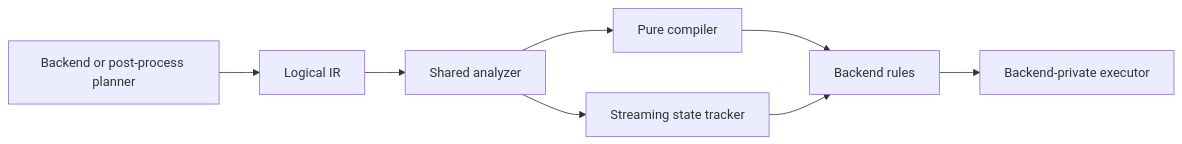
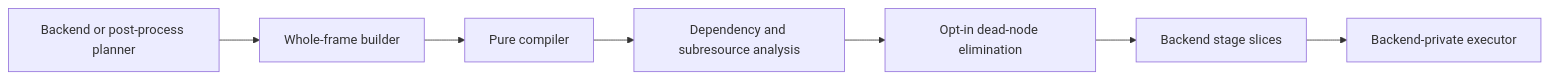
One commit to Kunelinmc/IgnisRenderer changed the diagram in docs/rendergraph/internal-render-graph-architecture.md. Above: the diagram before and after it, drawn with Mermaid. The commit also changed other lines of this file and 4 other files, not shown here.

First line of the commit message:
docs: update internal contracts for Render Graph V2

````diff
--- a/docs/rendergraph/internal-render-graph-architecture.md
+++ b/docs/rendergraph/internal-render-graph-architecture.md
@@ -34,10 +36,9 @@
 ```mermaid
 flowchart LR
-	P["Backend or post-process planner"] --> I["Logical IR"]
-	I --> A["Shared analyzer"]
-	A --> C["Pure compiler"]
-	A --> T["Streaming state tracker"]
-	C --> R["Backend rules"]
-	T --> R
+	P["Backend or post-process planner"] --> B["Whole-frame builder"]
+	B --> C["Pure compiler"]
+	C --> A["Dependency and subresource analysis"]
+	A --> D["Opt-in dead-node elimination"]
+	D --> R["Backend stage slices"]
 	R --> E["Backend-private executor"]
 ```
````
